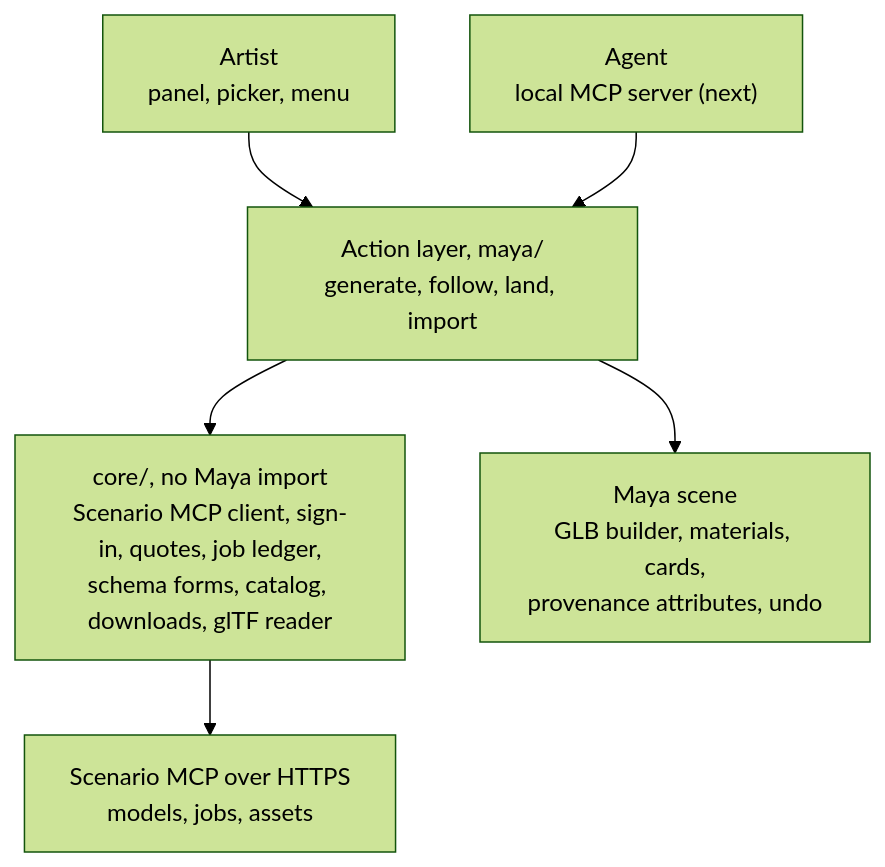
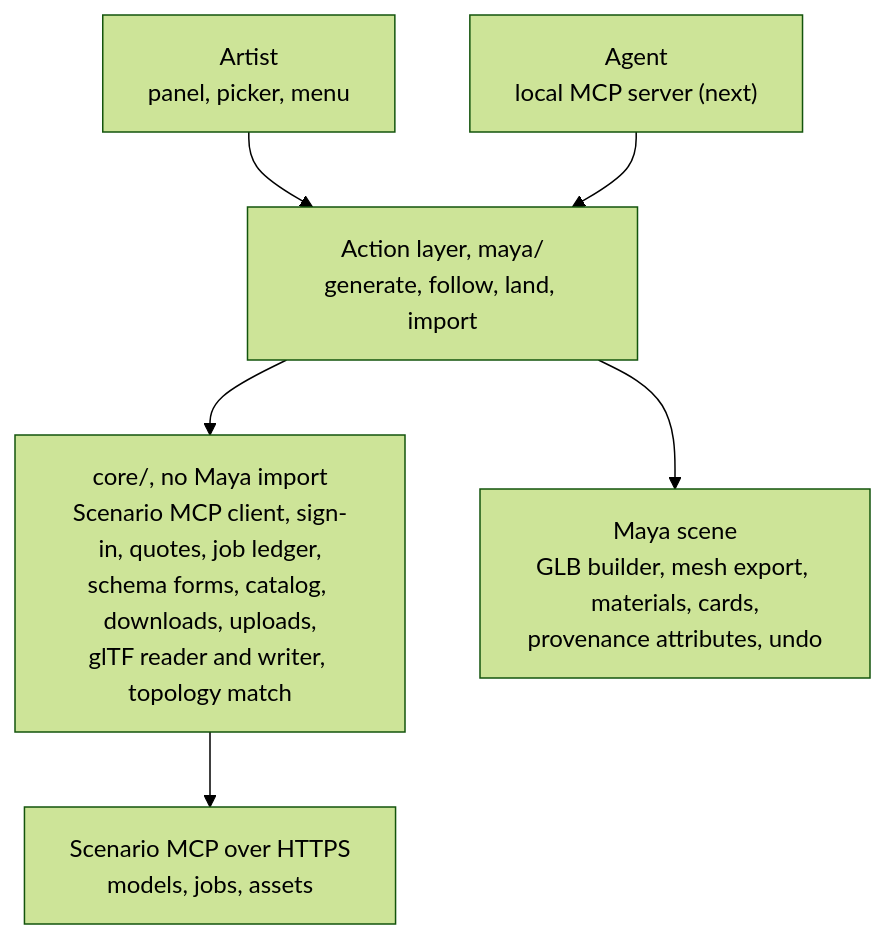
Before and after one commit to scenario-labs/maya-plugin: the third of 3 diagrams in README.md, drawn with Mermaid (forest theme). The commit also changed other lines of this file and 35 other files, not shown here.

First line of the commit message:
feat(3d): Edit selection, remesh, UV unwrap or retexture a mesh of the scene

````diff
--- a/README.md
+++ b/README.md
@@ -164,14 +229,14 @@
 ```mermaid
 flowchart TB
     artist["Artist<br/>panel, picker, menu"]
     agent["Agent<br/>local MCP server (next)"]
     actions["Action layer, maya/<br/>generate, follow, land, import"]
-    core["core/, no Maya import<br/>Scenario MCP client, sign-in, quotes, job ledger,<br/>schema forms, catalog, downloads, glTF reader"]
-    scene["Maya scene<br/>GLB builder, materials, cards,<br/>provenance attributes, undo"]
+    core["core/, no Maya import<br/>Scenario MCP client, sign-in, quotes, job ledger,<br/>schema forms, catalog, downloads, uploads,<br/>glTF reader and writer, topology match"]
+    scene["Maya scene<br/>GLB builder, mesh export, materials, cards,<br/>provenance attributes, undo"]
     scenario["Scenario MCP over HTTPS<br/>models, jobs, assets"]
     artist --> actions
     agent --> actions
     actions --> core
     actions --> scene
     core --> scenario
 ```
````
